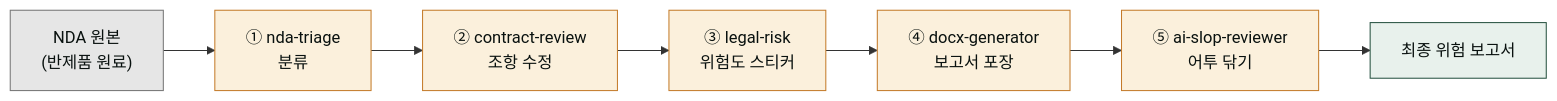
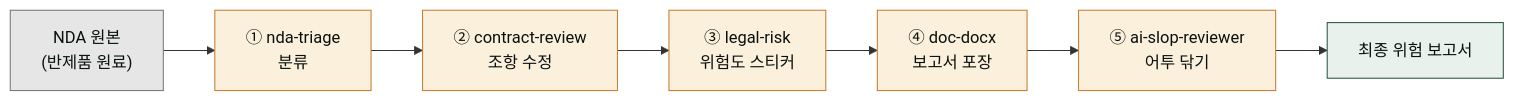
Before and after one commit to modu-ai/cowork-plugins: the third of 4 diagrams in www/content/cookbook/legal-nda-batch.md, drawn with Mermaid. The commit also changed other lines of this file and 45 other files, not shown here.

First line of the commit message:
docs(www): 스킬명 정합 + 깨진 링크 수정 + mermaid 보강

````diff
--- a/www/content/cookbook/legal-nda-batch.md
+++ b/www/content/cookbook/legal-nda-batch.md
@@ -72,17 +72,17 @@
 ```mermaid
 flowchart LR
    R["NDA 원본<br/>(반제품 원료)"] --> S1["① nda-triage<br/>분류"]
    S1 --> S2["② contract-review<br/>조항 수정"]
    S2 --> S3["③ legal-risk<br/>위험도 스티커"]
-   S3 --> S4["④ docx-generator<br/>보고서 포장"]
+   S3 --> S4["④ doc-docx<br/>보고서 포장"]
    S4 --> S5["⑤ ai-slop-reviewer<br/>어투 닦기"]
    S5 --> O["최종 위험 보고서"]
 
    style R fill:#e6e6e6,stroke:#757575,color:#09110f
    style S1 fill:#fbf0dc,stroke:#c47b2a,color:#09110f
    style S2 fill:#fbf0dc,stroke:#c47b2a,color:#09110f
    style S3 fill:#fbf0dc,stroke:#c47b2a,color:#09110f
    style S4 fill:#fbf0dc,stroke:#c47b2a,color:#09110f
    style S5 fill:#fbf0dc,stroke:#c47b2a,color:#09110f
    style O fill:#e8f1ec,stroke:#265240,color:#09110f
 ```
````
